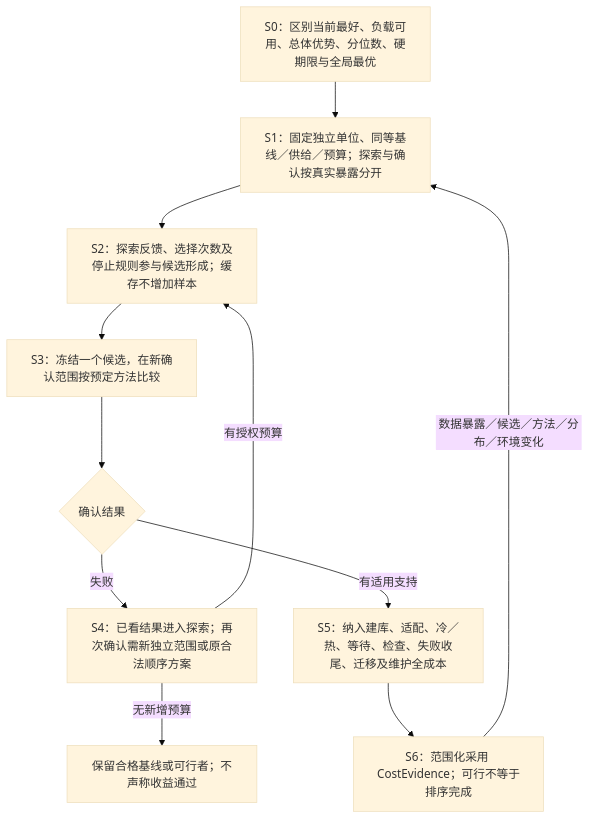
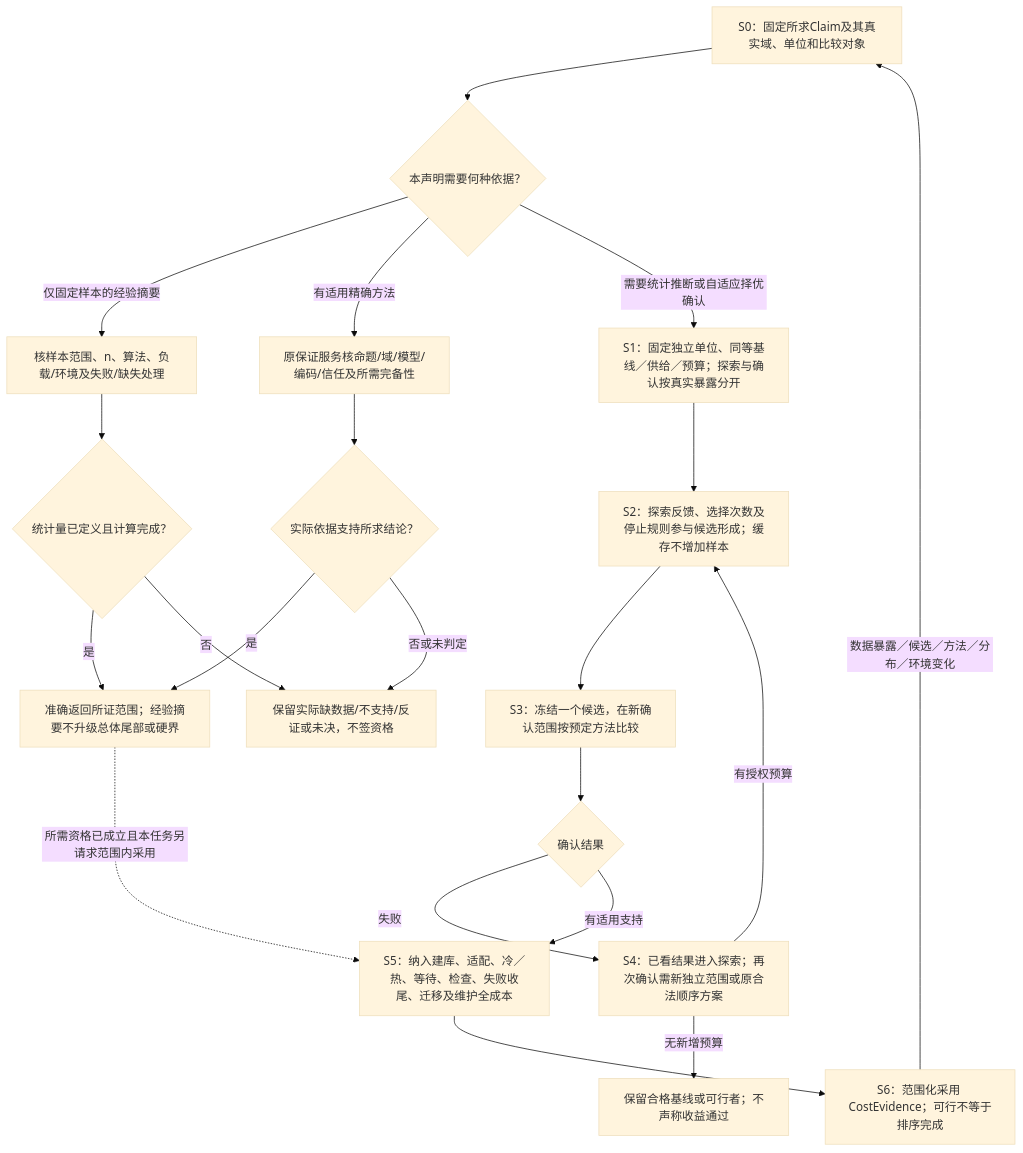
One commit to sec-platform/sec changed the third of 3 diagrams in docs/运行/验收/覆盖与收益判据.md. Above: the diagram before and after it, drawn with Mermaid (base theme). The commit also changed other lines of this file and 2 other files, not shown here.

````diff
--- a/docs/运行/验收/覆盖与收益判据.md
+++ b/docs/运行/验收/覆盖与收益判据.md
@@ -319,13 +322,23 @@
 ```mermaid
 flowchart TB
-  conclusion["S0：区别当前最好、负载可用、总体优势、分位数、硬期限与全局最优"] --> split["S1：固定独立单位、同等基线／供给／预算；探索与确认按真实暴露分开"]
+  conclusion["S0：固定所求Claim及其真实域、单位和比较对象"] --> route{"本声明需要何种依据？"}
+  route -->|仅固定样本的经验摘要| summary["核样本范围、n、算法、负载/环境及失败/缺失处理"]
+  summary --> defined{"统计量已定义且计算完成？"}
+  defined -->|是| scoped["准确返回所证范围；经验摘要不升级总体尾部或硬界"]
+  defined -->|否| gap["保留实际缺数据/不支持/反证或未决，不签资格"]
+  route -->|有适用精确方法| exact["原保证服务核命题/域/模型/编码/信任及所需完备性"]
+  exact --> exactResult{"实际依据支持所求结论？"}
+  exactResult -->|是| scoped
+  exactResult -->|否或未判定| gap
+  route -->|需要统计推断或自适应择优确认| split["S1：固定独立单位、同等基线／供给／预算；探索与确认按真实暴露分开"]
   split --> explore["S2：探索反馈、选择次数及停止规则参与候选形成；缓存不增加样本"]
   explore --> freeze["S3：冻结一个候选，在新确认范围按预定方法比较"]
   freeze --> result{"确认结果"}
   result -->|失败| exposed["S4：已看结果进入探索；再次确认需新独立范围或原合法顺序方案"]
   exposed -->|有授权预算| explore
   exposed -->|无新增预算| baseline["保留合格基线或可行者；不声称收益通过"]
   result -->|有适用支持| cost["S5：纳入建库、适配、冷／热、等待、检查、失败收尾、迁移及维护全成本"]
   cost --> adopt["S6：范围化采用 CostEvidence；可行不等于排序完成"]
-  adopt -->|数据暴露／候选／方法／分布／环境变化| split
+  scoped -.->|所需资格已成立且本任务另请求范围内采用| cost
+  adopt -->|数据暴露／候选／方法／分布／环境变化| conclusion
 ```
````
